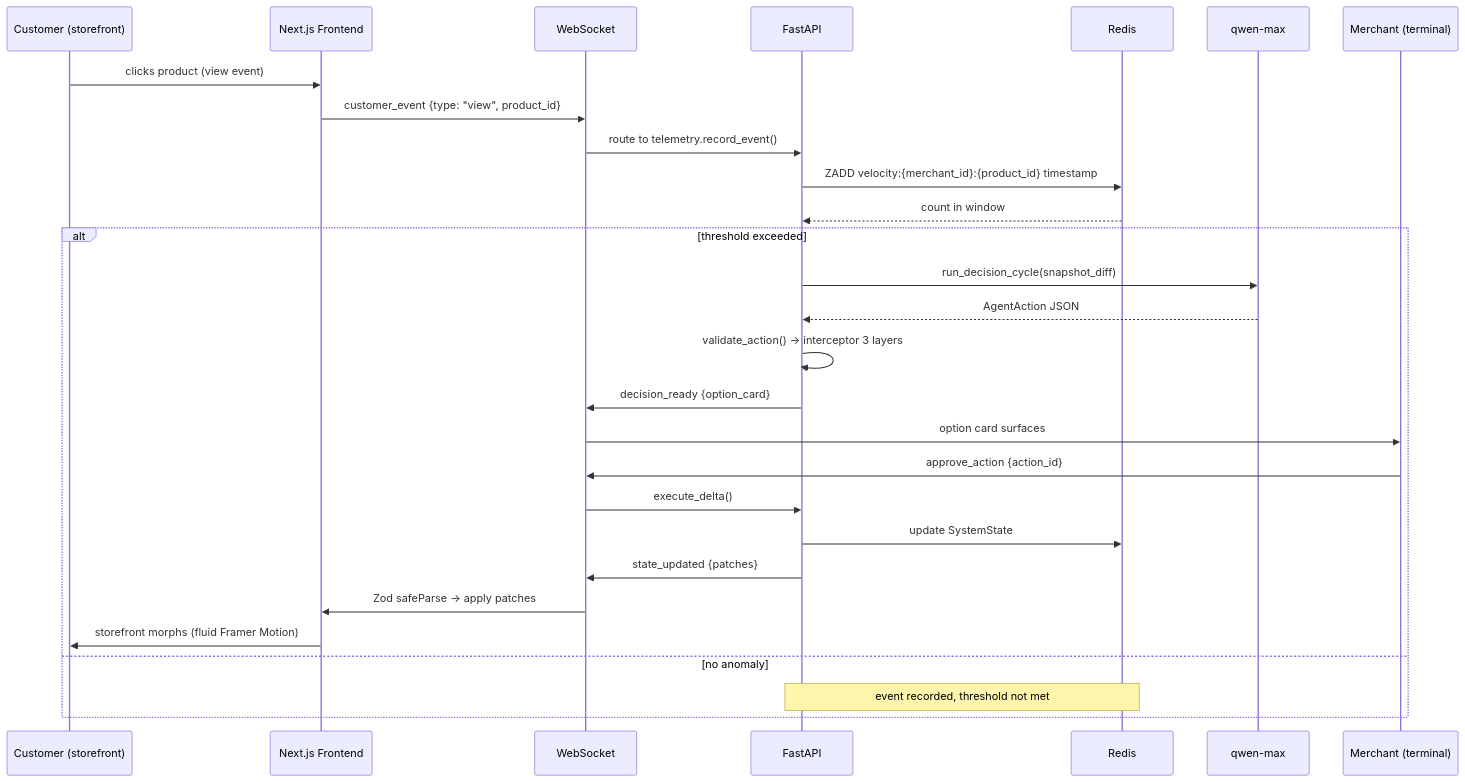
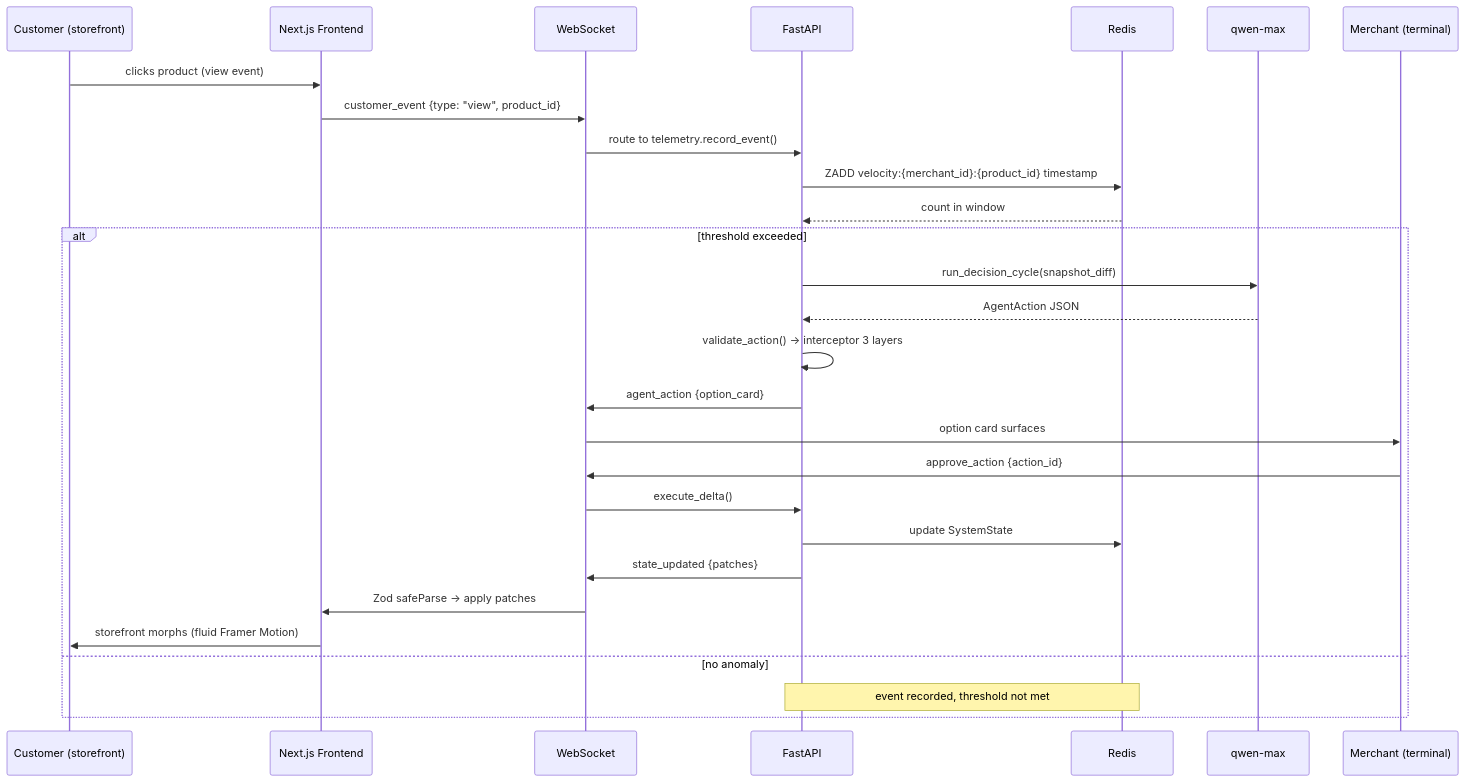
The sixth of 6 diagrams in docs/ARCHITECTURE.md (Alpha-dev-001/elevate-hackathon), drawn with Mermaid before and after one commit. The commit also changed other lines of this file and 3 other files, not shown here.

````diff
--- a/docs/ARCHITECTURE.md
+++ b/docs/ARCHITECTURE.md
@@ -335,31 +356,31 @@
 ```mermaid
 sequenceDiagram
     participant C as Customer (storefront)
     participant FE as Next.js Frontend
     participant WS as WebSocket
     participant API as FastAPI
     participant R as Redis
     participant Q as qwen-max
     participant M as Merchant (terminal)
 
     C->>FE: clicks product (view event)
     FE->>WS: customer_event {type: "view", product_id}
     WS->>API: route to telemetry.record_event()
     API->>R: ZADD velocity:{merchant_id}:{product_id} timestamp
     R-->>API: count in window
     alt threshold exceeded
         API->>Q: run_decision_cycle(snapshot_diff)
         Q-->>API: AgentAction JSON
         API->>API: validate_action() → interceptor 3 layers
-        API->>WS: decision_ready {option_card}
+        API->>WS: agent_action {option_card}
         WS->>M: option card surfaces
         M->>WS: approve_action {action_id}
         WS->>API: execute_delta()
         API->>R: update SystemState
         API->>WS: state_updated {patches}
         WS->>FE: Zod safeParse → apply patches
         FE->>C: storefront morphs (fluid Framer Motion)
     else no anomaly
         Note over API,R: event recorded, threshold not met
     end
 ```
````
